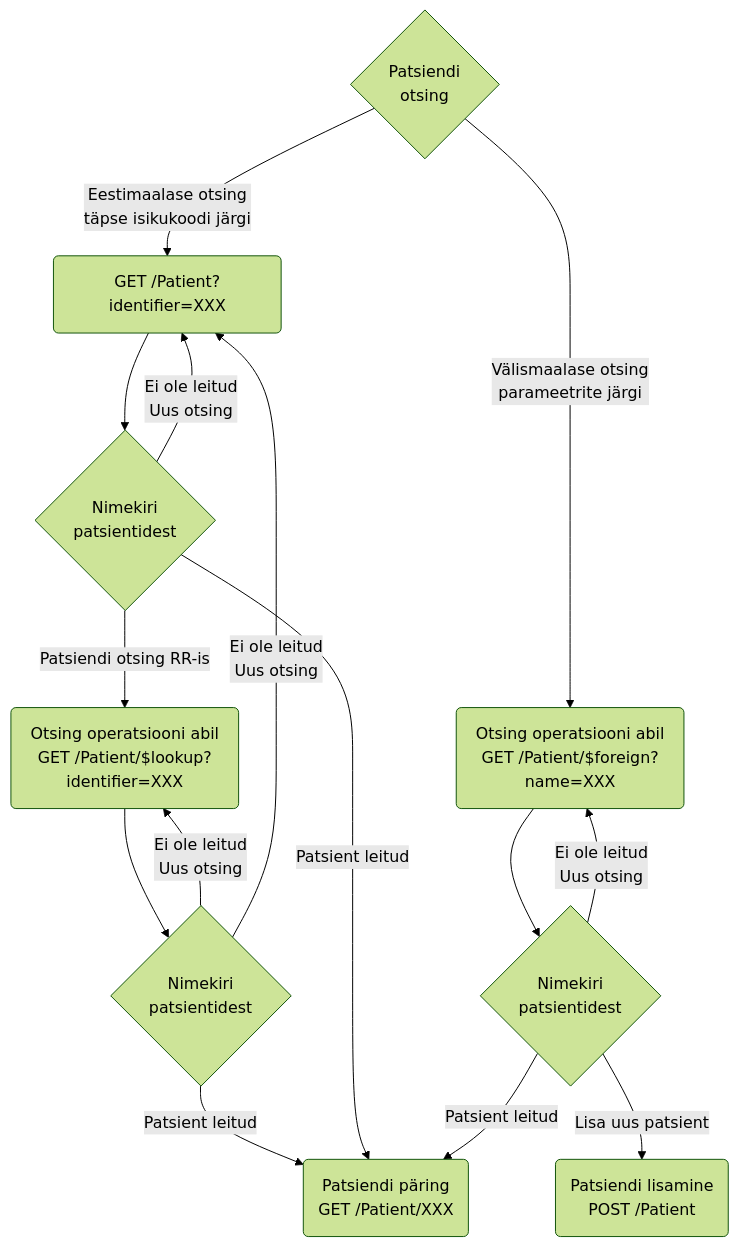
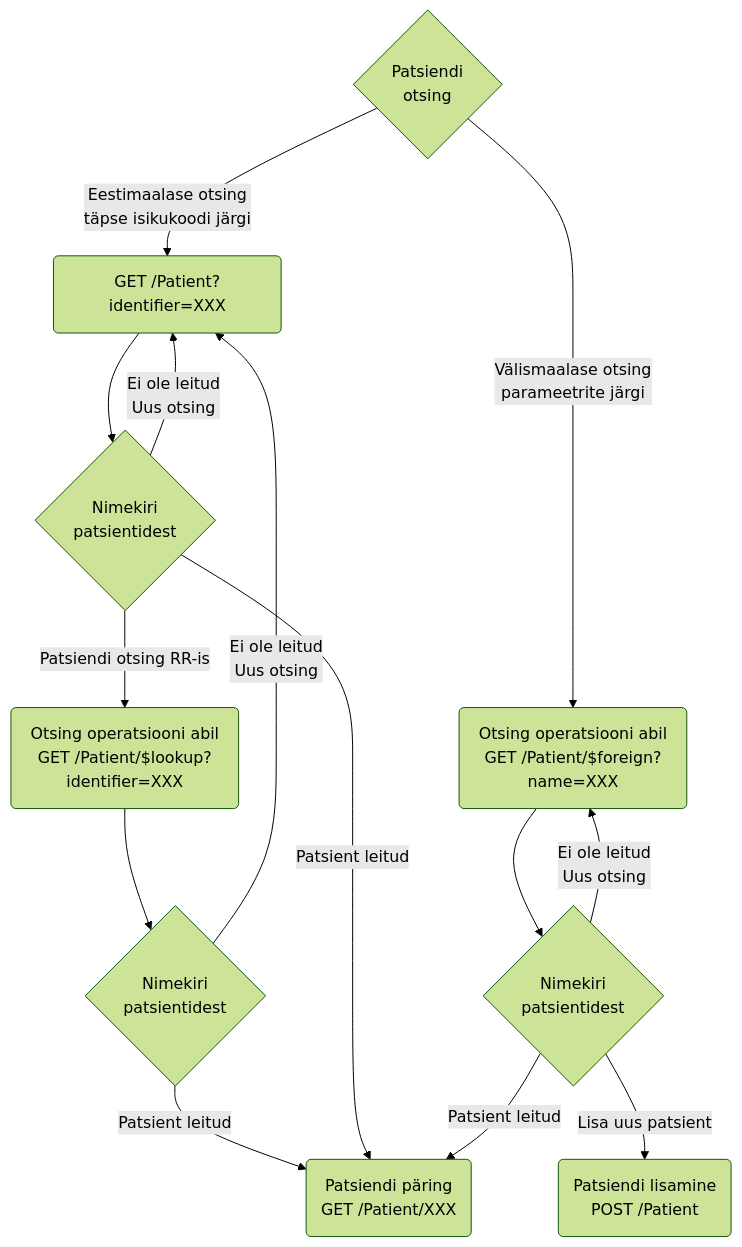
One commit to TEHIK-EE/ig-ee-mpi changed the second of 3 diagrams in ig/input/pagecontent/patient.md. Above: the diagram before and after it, drawn with Mermaid (forest theme).

Commit message:
diagrammi parandus

````diff
--- a/ig/input/pagecontent/patient.md
+++ b/ig/input/pagecontent/patient.md
@@ -40,18 +40,17 @@
 ```mermaid
 flowchart TD
     A{Patsiendi\notsing} -->|Eestimaalase otsing\ntäpse isikukoodi järgi| B(GET /Patient?identifier=XXX)
     B --> MPIList1{Nimekiri\npatsientidest}
     MPIList1 --> |Ei ole leitud\nUus otsing| B
     MPIList1 --> |Patsiendi otsing RR-is| RR(Otsing operatsiooni abil\nGET /Patient/$lookup?identifier=XXX)
     RR --> RRlist{Nimekiri\npatsientidest}
     RRlist --> |Patsient leitud| Patient(Patsiendi päring\nGET /Patient/XXX)
-    RRlist --> |Ei ole leitud\nUus otsing| RR
     RRlist --> |Ei ole leitud\nUus otsing| B
     MPIList1 --> |Patsient leitud| Patient(Patsiendi päring\nGET /Patient/XXX)
 
     A --> |Välismaalase otsing\nparameetrite järgi| C(Otsing operatsiooni abil\nGET /Patient/$foreign?name=XXX)
     C --> D{Nimekiri\npatsientidest}
     D --> |Ei ole leitud\nUus otsing| C
     D --> |Patsient leitud| Patient
     D --> |Lisa uus patsient| NewPatient(Patsiendi lisamine\nPOST /Patient)
 ```
````
